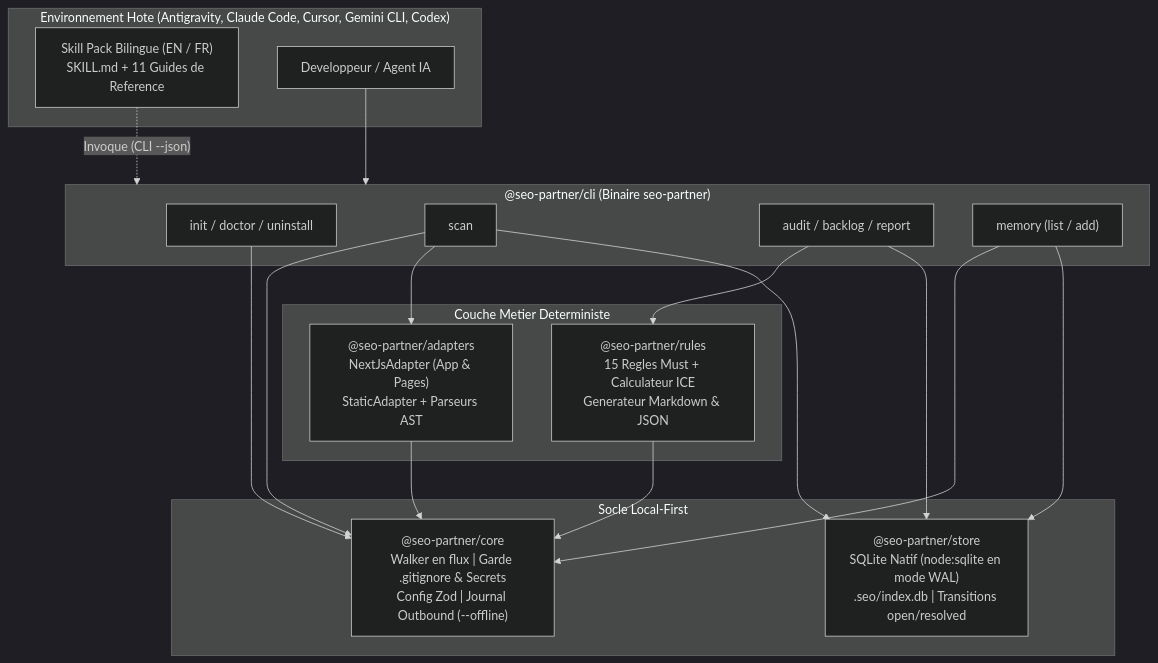
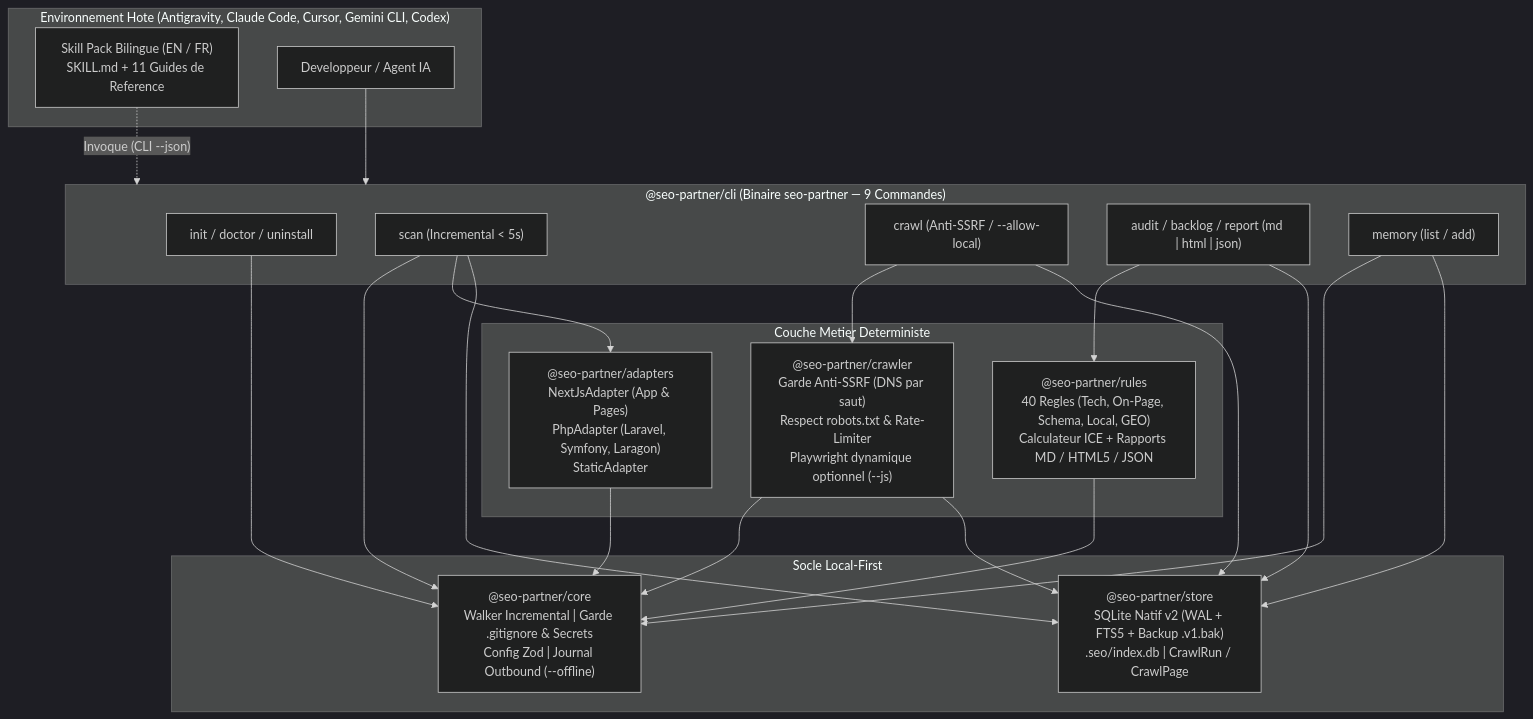
One commit to Firinze/seo-partner changed the first of 2 diagrams in README.fr.md. Above: the diagram before and after it, drawn with Mermaid (dark theme). The commit also changed other lines of this file and 67 other files, not shown here.

````diff
--- a/README.fr.md
+++ b/README.fr.md
@@ -70,37 +63,43 @@
 ```mermaid
 flowchart TB
   subgraph IDE["Environnement Hote (Antigravity, Claude Code, Cursor, Gemini CLI, Codex)"]
     SKILL["Skill Pack Bilingue (EN / FR)\nSKILL.md + 11 Guides de Reference"]
     DEV["Developpeur / Agent IA"]
   end
 
-  subgraph CLI_LAYER["@seo-partner/cli (Binaire seo-partner)"]
+  subgraph CLI_LAYER["@seo-partner/cli (Binaire seo-partner — 9 Commandes)"]
     CMD_INIT["init / doctor / uninstall"]
-    CMD_SCAN["scan"]
-    CMD_AUDIT["audit / backlog / report"]
+    CMD_SCAN["scan (Incremental < 5s)"]
+    CMD_CRAWL["crawl (Anti-SSRF / --allow-local)"]
+    CMD_AUDIT["audit / backlog / report (md | html | json)"]
     CMD_MEM["memory (list / add)"]
   end
 
   subgraph ENGINE_LAYER["Couche Metier Deterministe"]
-    ADAPTERS["@seo-partner/adapters\nNextJsAdapter (App & Pages)\nStaticAdapter + Parseurs AST"]
-    RULES["@seo-partner/rules\n15 Regles Must + Calculateur ICE\nGenerateur Markdown & JSON"]
+    ADAPTERS["@seo-partner/adapters\nNextJsAdapter (App & Pages)\nPhpAdapter (Laravel, Symfony, Laragon)\nStaticAdapter"]
+    CRAWLER["@seo-partner/crawler\nGarde Anti-SSRF (DNS par saut)\nRespect robots.txt & Rate-Limiter\nPlaywright dynamique optionnel (--js)"]
+    RULES["@seo-partner/rules\n40 Regles (Tech, On-Page, Schema, Local, GEO)\nCalculateur ICE + Rapports MD / HTML5 / JSON"]
   end
 
   subgraph FOUNDATION_LAYER["Socle Local-First"]
-    CORE["@seo-partner/core\nWalker en flux | Garde .gitignore & Secrets\nConfig Zod | Journal Outbound (--offline)"]
-    STORE["@seo-partner/store\nSQLite Natif (node:sqlite en mode WAL)\n.seo/index.db | Transitions open/resolved"]
+    CORE["@seo-partner/core\nWalker Incremental | Garde .gitignore & Secrets\nConfig Zod | Journal Outbound (--offline)"]
+    STORE["@seo-partner/store\nSQLite Natif v2 (WAL + FTS5 + Backup .v1.bak)\n.seo/index.db | CrawlRun / CrawlPage"]
   end
 
   DEV --> CLI_LAYER
   SKILL -. "Invoque (CLI --json)" .-> CLI_LAYER
   CMD_INIT --> CORE
   CMD_SCAN --> CORE
   CMD_SCAN --> ADAPTERS
   CMD_SCAN --> STORE
+  CMD_CRAWL --> CRAWLER
+  CMD_CRAWL --> STORE
   CMD_AUDIT --> RULES
   CMD_AUDIT --> STORE
   CMD_MEM --> CORE
   CMD_MEM --> STORE
   ADAPTERS --> CORE
+  CRAWLER --> CORE
+  CRAWLER --> STORE
   RULES --> CORE
 ```
````
